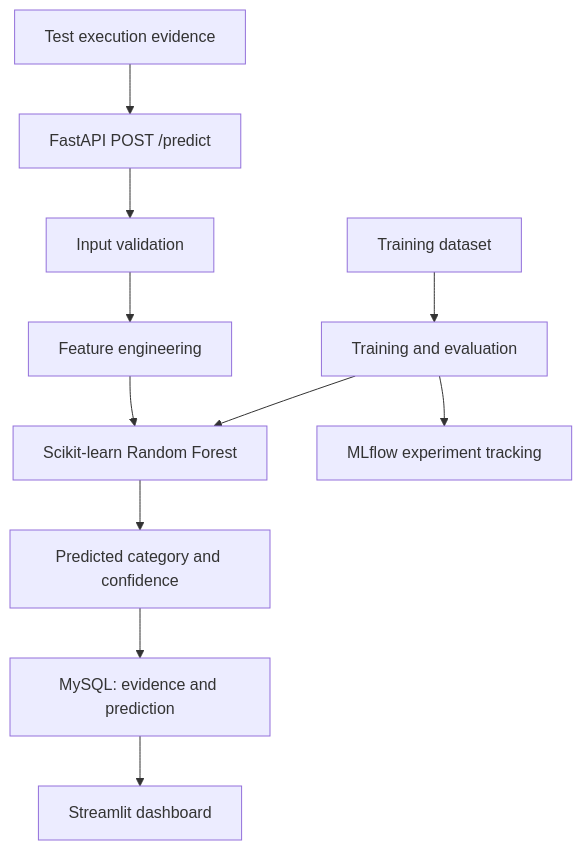
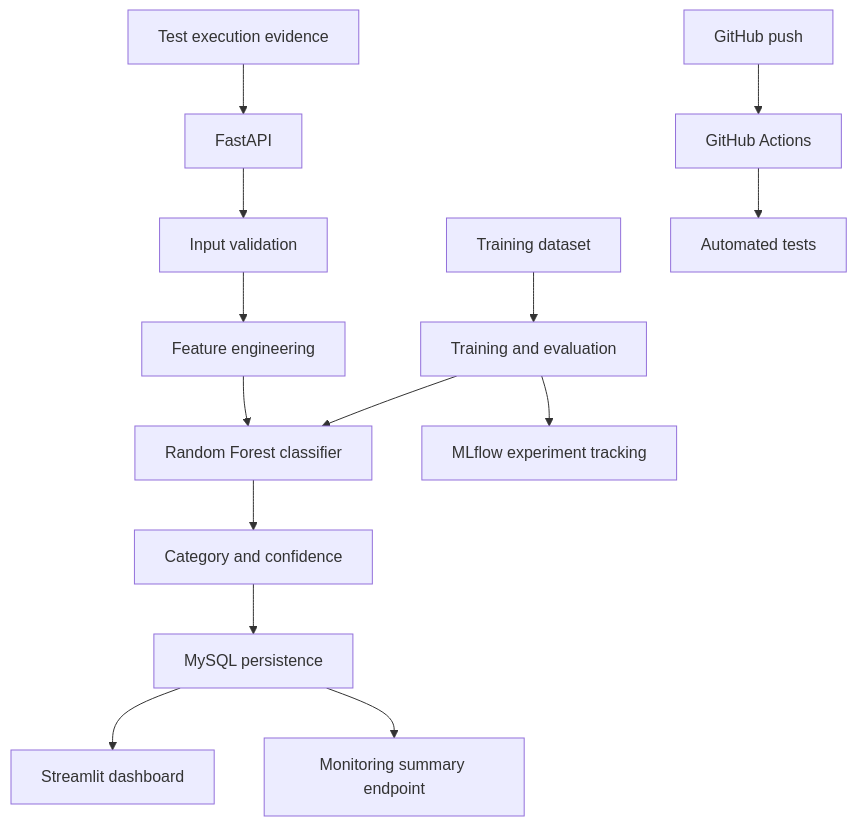
One commit to Benaruth22/ai-test-evidence-intelligence changed the diagram in README.md. Above: the diagram before and after it, drawn with Mermaid. The commit also changed other lines of this file, not shown here.

Commit message:
Update README with Docker and monitoring documentation

````diff
--- a/README.md
+++ b/README.md
@@ -41,13 +27,17 @@
-``` mermaid
+```mermaid
 flowchart TD
-    A[Test execution evidence] --> B[FastAPI POST /predict]
+    A[Test execution evidence] --> B[FastAPI]
     B --> C[Input validation]
     C --> D[Feature engineering]
-    D --> E[Scikit-learn Random Forest]
-    E --> F[Predicted category and confidence]
-    F --> G[MySQL: evidence and prediction]
+    D --> E[Random Forest classifier]
+    E --> F[Category and confidence]
+    F --> G[MySQL persistence]
     G --> H[Streamlit dashboard]
-    I[Training dataset] --> J[Training and evaluation]
-    J --> E
-    J --> K[MLflow experiment tracking]
+    G --> I[Monitoring summary endpoint]
+
+    J[Training dataset] --> K[Training and evaluation]
+    K --> E
+    K --> L[MLflow experiment tracking]
+    M[GitHub push] --> N[GitHub Actions]
+    N --> O[Automated tests]
 ```
````
